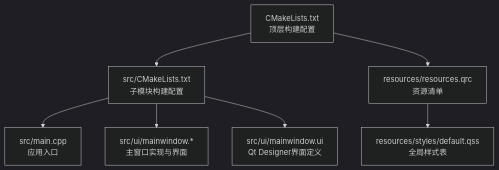
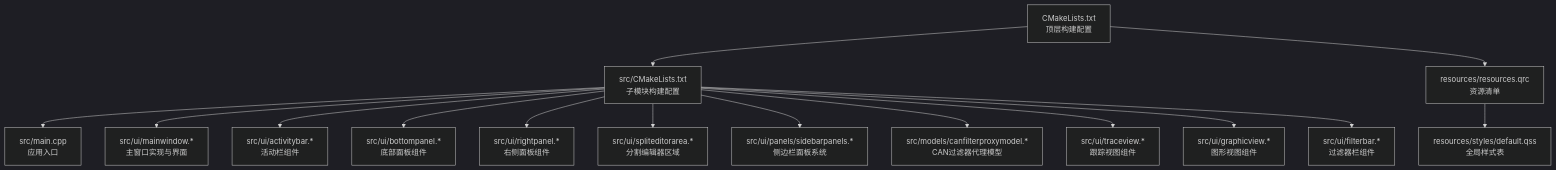
Before and after one commit to jakecai1225-design/OpenBus: the first of 9 diagrams in .qoder/repowiki/zh/content/架构设计/架构设计.md, drawn with Mermaid (dark theme). The commit also changed other lines of this file and 44 other files, not shown here.

````diff
--- a/.qoder/repowiki/zh/content/架构设计/架构设计.md
+++ b/.qoder/repowiki/zh/content/架构设计/架构设计.md
@@ -42,9 +56,17 @@
 ```mermaid
 graph TB
 A["CMakeLists.txt<br/>顶层构建配置"] --> B["src/CMakeLists.txt<br/>子模块构建配置"]
 B --> C["src/main.cpp<br/>应用入口"]
 B --> D["src/ui/mainwindow.*<br/>主窗口实现与界面"]
-B --> E["src/ui/mainwindow.ui<br/>Qt Designer界面定义"]
-A --> F["resources/resources.qrc<br/>资源清单"]
-F --> G["resources/styles/default.qss<br/>全局样式表"]
+B --> E["src/ui/activitybar.*<br/>活动栏组件"]
+B --> F["src/ui/bottompanel.*<br/>底部面板组件"]
+B --> G["src/ui/rightpanel.*<br/>右侧面板组件"]
+B --> H["src/ui/spliteditorarea.*<br/>分割编辑器区域"]
+B --> I["src/ui/panels/sidebarpanels.*<br/>侧边栏面板系统"]
+B --> J["src/models/canfilterproxymodel.*<br/>CAN过滤器代理模型"]
+B --> K["src/ui/traceview.*<br/>跟踪视图组件"]
+B --> L["src/ui/graphicview.*<br/>图形视图组件"]
+B --> M["src/ui/filterbar.*<br/>过滤器栏组件"]
+A --> N["resources/resources.qrc<br/>资源清单"]
+N --> O["resources/styles/default.qss<br/>全局样式表"]
 ```
````
